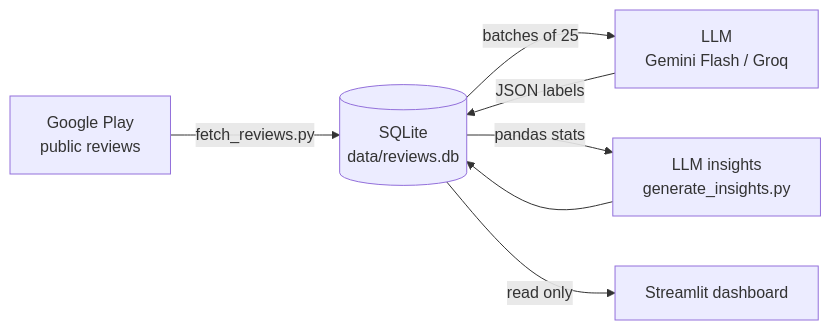
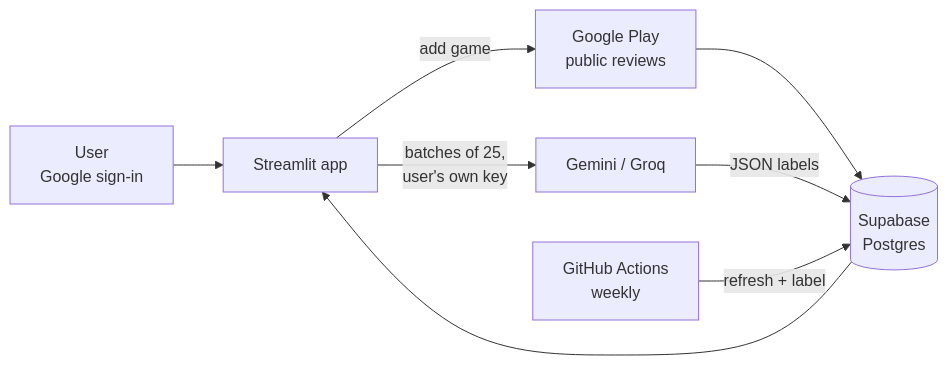
Before and after one commit to bugracamci/game-review-analyzer: the diagram in README.md, drawn with Mermaid. The commit also changed other lines of this file and 50 other files, not shown here.

Commit message:
Mobile Game Review Analyzer: LLM-labeled Google Play reviews + Streamlit dashboard

````diff
--- a/README.md
+++ b/README.md
@@ -54,9 +66,10 @@
 ```mermaid
 flowchart LR
-    A[Google Play<br>public reviews] -->|fetch_reviews.py| B[(SQLite<br>data/reviews.db)]
-    B -->|batches of 25| C[LLM<br>Gemini Flash / Groq]
-    C -->|JSON labels| B
-    B -->|pandas stats| D[LLM insights<br>generate_insights.py]
-    D --> B
-    B -->|read only| E[Streamlit dashboard]
+    U[User<br>Google sign-in] --> S[Streamlit app]
+    S -->|add game| GP[Google Play<br>public reviews]
+    S -->|batches of 25,<br>user's own key| LLM[Gemini / Groq]
+    GP --> DB[(Supabase<br>Postgres)]
+    LLM -->|JSON labels| DB
+    DB --> S
+    GH[GitHub Actions<br>weekly] -->|refresh + label| DB
 ```
````
